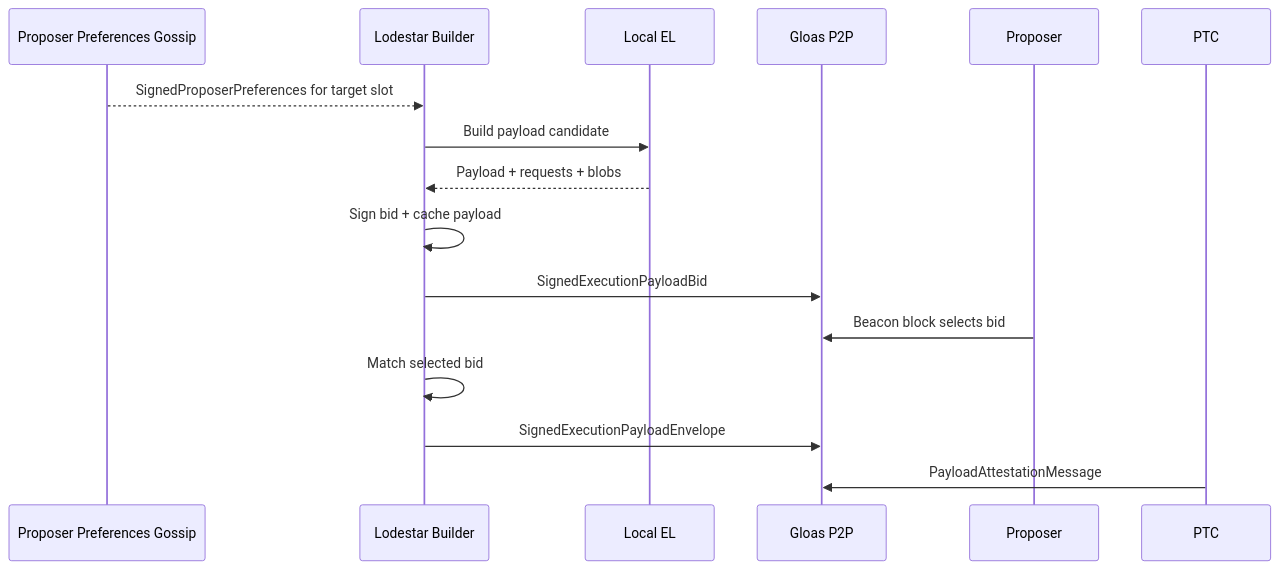
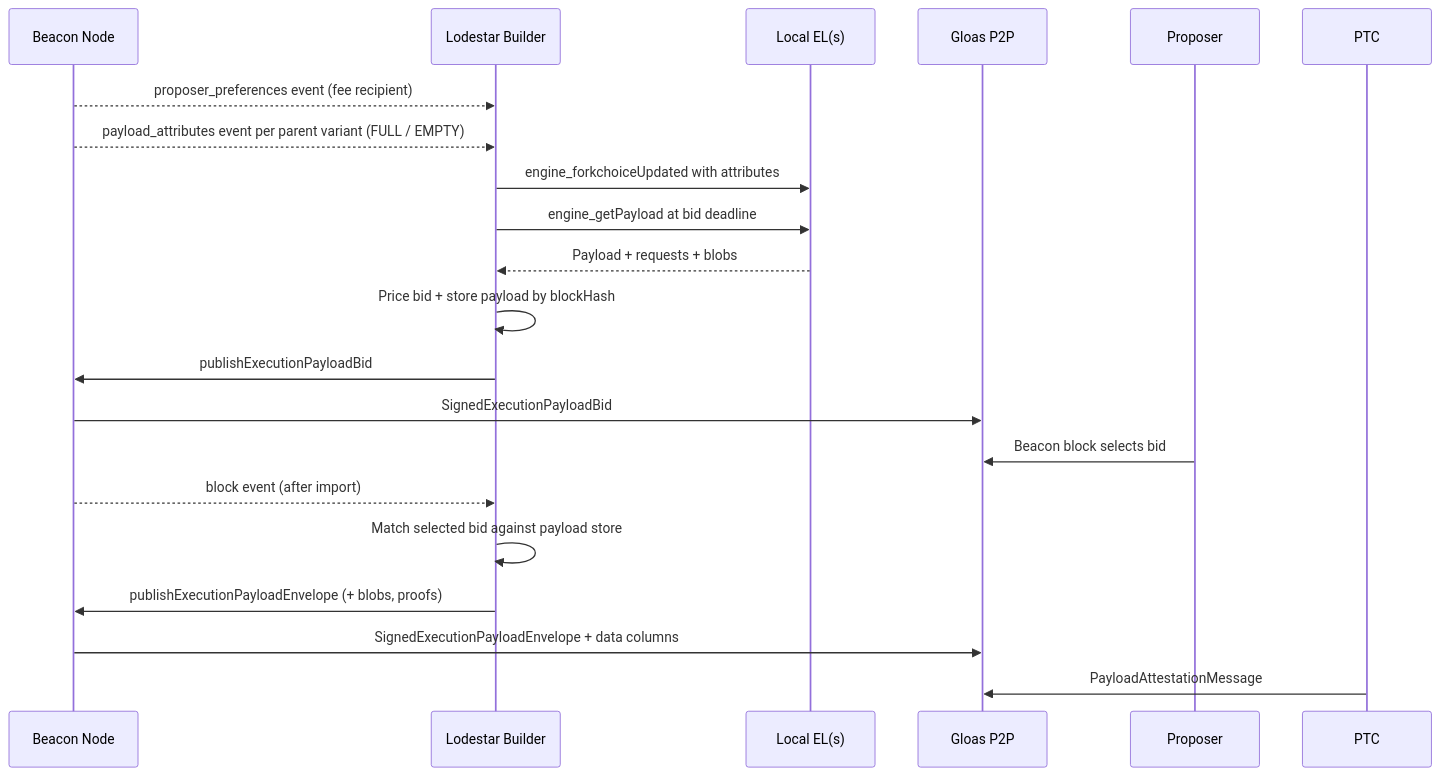
One commit to eth-protocol-fellows/cohort-seven changed the first of 3 diagrams in projects/lodestar-eip-7732-builder.md. Above: the diagram before and after it, drawn with Mermaid. The commit also changed other lines of this file, not shown here.

````diff
--- a/projects/lodestar-eip-7732-builder.md
+++ b/projects/lodestar-eip-7732-builder.md
@@ -25,19 +27,24 @@
 ```mermaid
 sequenceDiagram
-    participant PREF as Proposer Preferences Gossip
+    participant BN as Beacon Node
     participant B as Lodestar Builder
-    participant EL as Local EL
+    participant EL as Local EL(s)
     participant P2P as Gloas P2P
     participant P as Proposer
     participant PTC as PTC
 
-    PREF-->>B: SignedProposerPreferences for target slot
-    B->>EL: Build payload candidate
+    BN-->>B: proposer_preferences event (fee recipient)
+    BN-->>B: payload_attributes event per parent variant (FULL / EMPTY)
+    B->>EL: engine_forkchoiceUpdated with attributes
+    B->>EL: engine_getPayload at bid deadline
     EL-->>B: Payload + requests + blobs
-    B->>B: Sign bid + cache payload
-    B->>P2P: SignedExecutionPayloadBid
+    B->>B: Price bid + store payload by blockHash
+    B->>BN: publishExecutionPayloadBid
+    BN->>P2P: SignedExecutionPayloadBid
     P->>P2P: Beacon block selects bid
-    B->>B: Match selected bid
-    B->>P2P: SignedExecutionPayloadEnvelope
+    BN-->>B: block event (after import)
+    B->>B: Match selected bid against payload store
+    B->>BN: publishExecutionPayloadEnvelope (+ blobs, proofs)
+    BN->>P2P: SignedExecutionPayloadEnvelope + data columns
     PTC->>P2P: PayloadAttestationMessage
 ```
````
